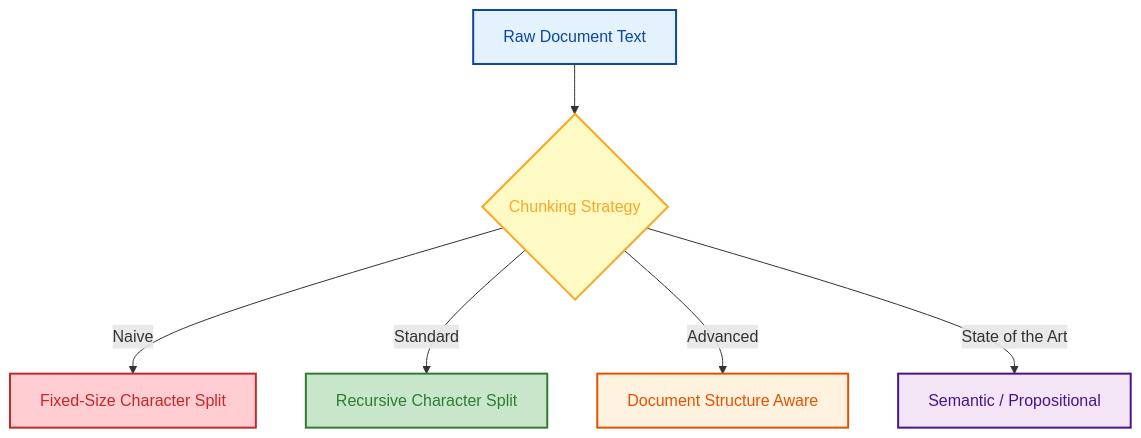
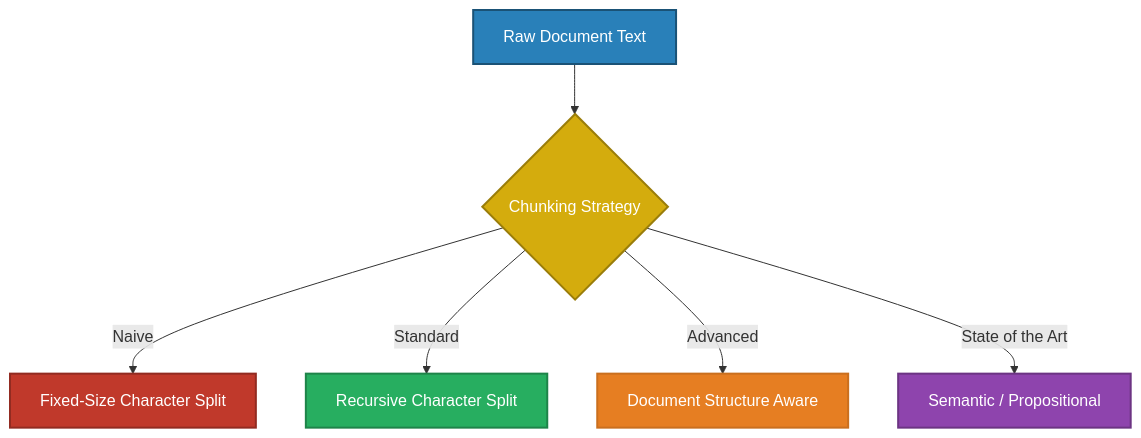
One commit to GyanendraChaubey/AI-Engineering-Notes changed the second of 4 diagrams in docs/03-chunking/README.md. Above: the diagram before and after it, drawn with Mermaid. The commit also changed other lines of this file and 15 other files, not shown here.

Commit message:
style: replace all Mermaid diagram colors with saturated palette + white text for dark mode compatibility (321 changes across 16 files)

````diff
--- a/docs/03-chunking/README.md
+++ b/docs/03-chunking/README.md
@@ -59,14 +59,14 @@
 ```mermaid
 flowchart TD
     A[Raw Document Text] --> B{"Chunking Strategy"}
     B -->|Naive| C[Fixed-Size Character Split]
     B -->|Standard| D[Recursive Character Split]
     B -->|Advanced| E[Document Structure Aware]
     B -->|State of the Art| F[Semantic / Propositional]
-    style A fill:#e3f2fd,stroke:#0d47a1,stroke-width:2px,color:#0d47a1
-    style B fill:#fff9c4,stroke:#f9a825,stroke-width:2px,color:#f9a825
-    style C fill:#ffcdd2,stroke:#c62828,stroke-width:2px,color:#c62828
-    style D fill:#c8e6c9,stroke:#2e7d32,stroke-width:2px,color:#2e7d32
-    style E fill:#fff3e0,stroke:#e65100,stroke-width:2px,color:#e65100
-    style F fill:#f3e5f5,stroke:#4a148c,stroke-width:2px,color:#4a148c
+    style A fill:#2980B9,stroke:#1A5276,stroke-width:2px,color:#FFFFFF
+    style B fill:#D4AC0D,stroke:#9A7D0A,stroke-width:2px,color:#FFFFFF
+    style C fill:#C0392B,stroke:#922B21,stroke-width:2px,color:#FFFFFF
+    style D fill:#27AE60,stroke:#1E8449,stroke-width:2px,color:#FFFFFF
+    style E fill:#E67E22,stroke:#CA6F1E,stroke-width:2px,color:#FFFFFF
+    style F fill:#8E44AD,stroke:#6C3483,stroke-width:2px,color:#FFFFFF
 ```
````
